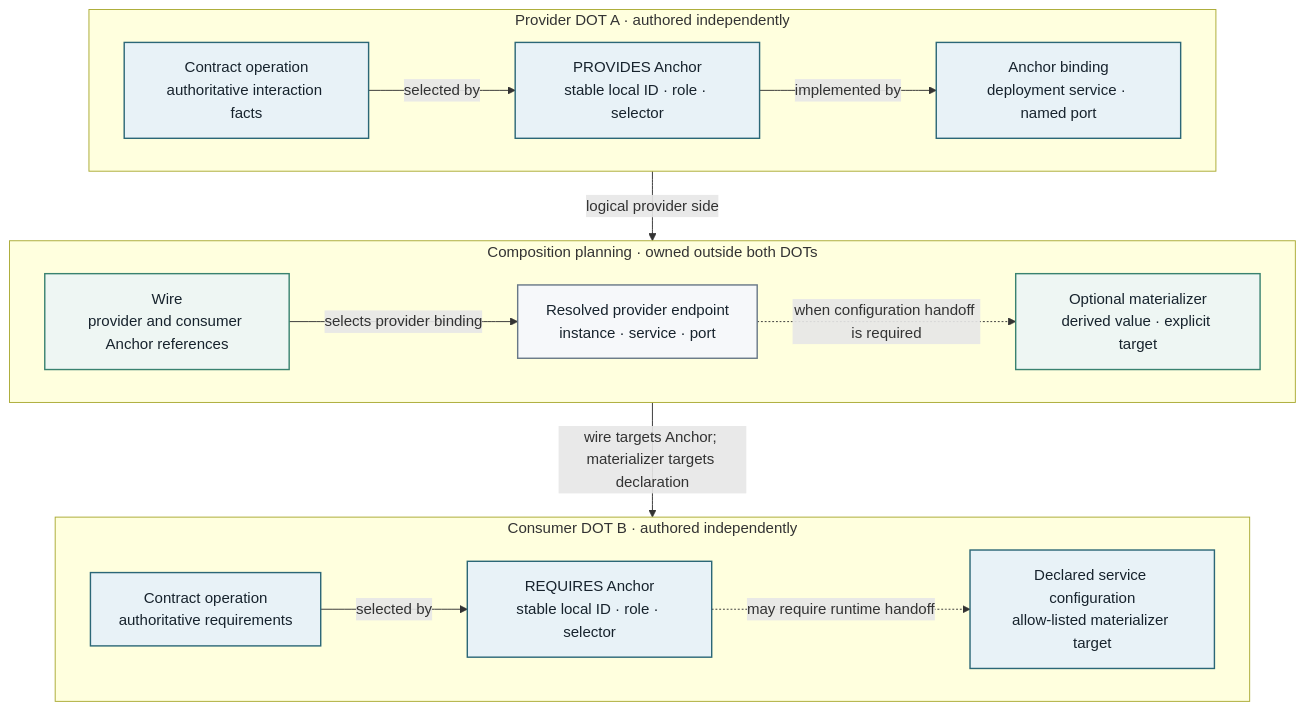
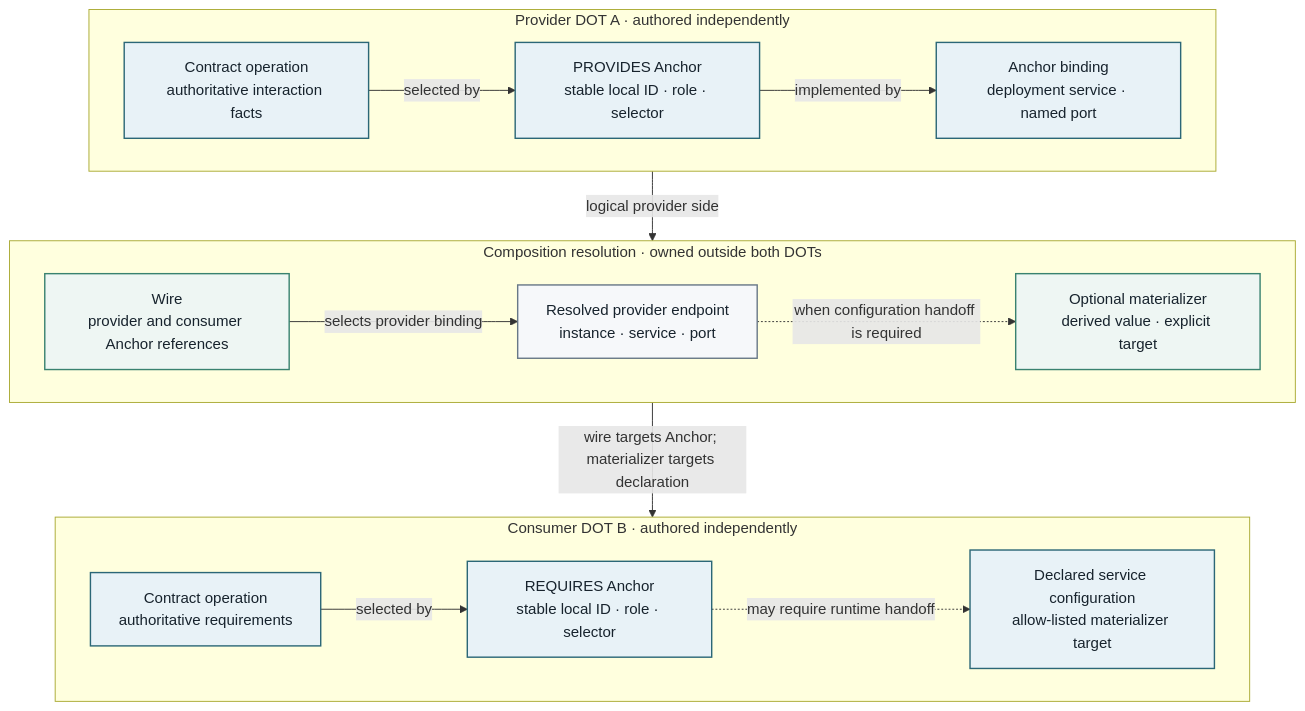
Before and after one commit to MARE-EU-Project/DOT-Docs: the diagram in DOT-Design/next/dot-design/_attachments/diagrams/dot-ownership-chain.mmd, drawn with Mermaid. The commit also changed 35 other files, not shown here.

```diff
--- a/DOT-Design/next/dot-design/_attachments/diagrams/dot-ownership-chain.mmd
+++ b/DOT-Design/next/dot-design/_attachments/diagrams/dot-ownership-chain.mmd
@@ -1,40 +1,40 @@
 flowchart TB
   accTitle: Ownership chain from provider DOT to consumer DOT
   accDescr: A provider Contract, Anchor, and service-port binding are connected through a composition-owned wire, resolved endpoint, and optional materializer to a consumer Anchor and declared configuration target.
 
   subgraph Provider["Provider DOT A · authored independently"]
     direction LR
     PContract["Contract operation<br/>authoritative interaction facts"]
     PAnchor["PROVIDES Anchor<br/>stable local ID · role · selector"]
     PBinding["Anchor binding<br/>deployment service · named port"]
     PContract -->|selected by| PAnchor
     PAnchor -->|implemented by| PBinding
   end
 
-  subgraph Resolution["Composition planning · owned outside both DOTs"]
+  subgraph Resolution["Composition resolution · owned outside both DOTs"]
     direction LR
     Wire["Wire<br/>provider and consumer Anchor references"]
     Endpoint["Resolved provider endpoint<br/>instance · service · port"]
     Materializer["Optional materializer<br/>derived value · explicit target"]
     Wire -->|selects provider binding| Endpoint
     Endpoint -.->|when configuration handoff is required| Materializer
   end
 
   subgraph Consumer["Consumer DOT B · authored independently"]
     direction LR
     CContract["Contract operation<br/>authoritative requirements"]
     CAnchor["REQUIRES Anchor<br/>stable local ID · role · selector"]
     CConfig["Declared service configuration<br/>allow-listed materializer target"]
     CContract -->|selected by| CAnchor
     CAnchor -.->|may require runtime handoff| CConfig
   end
 
   Provider -->|logical provider side| Resolution
   Resolution -->|wire targets Anchor; materializer targets declaration| Consumer
 
   classDef definition fill:#e8f2f7,stroke:#2b6777,color:#17232d,stroke-width:1.5px;
   classDef topology fill:#eef6f3,stroke:#39826f,color:#17232d,stroke-width:1.5px;
   classDef runtime fill:#f6f8fa,stroke:#687887,color:#17232d,stroke-width:1.5px;
   class PContract,PAnchor,PBinding,CContract,CAnchor,CConfig definition;
   class Wire,Materializer topology;
   class Endpoint runtime;
```
